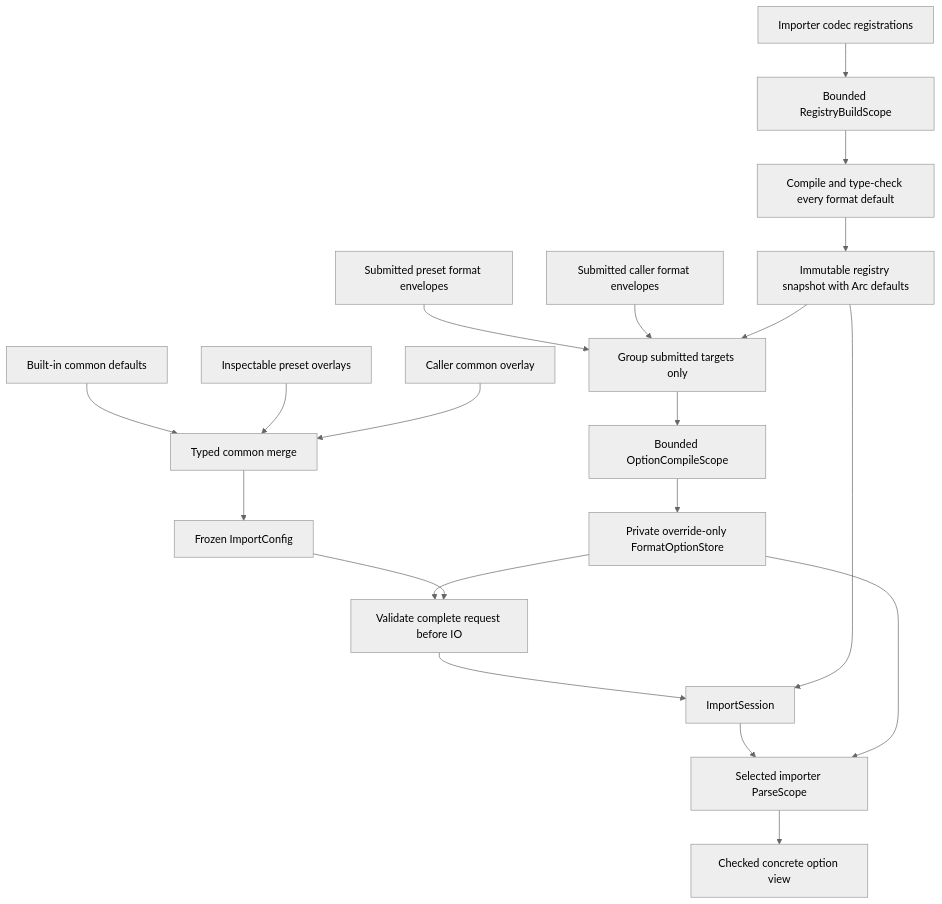
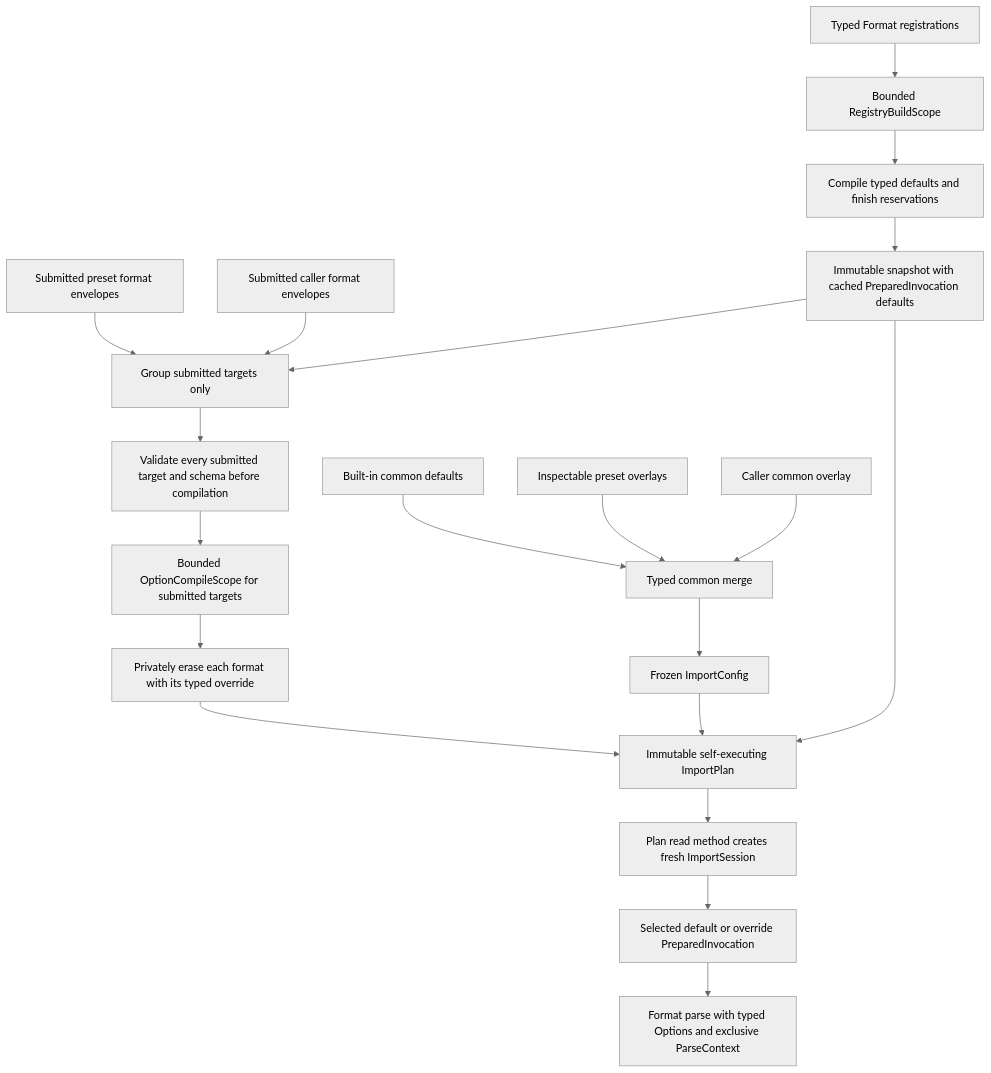
One commit to Latias94/baozi changed the diagram in docs/adr/0016-import-options-presets-and-configuration-precedence.md. Above: the diagram before and after it, drawn with Mermaid (neutral theme). The commit also changed other lines of this file and 202 other files, not shown here.

First line of the commit message:
refactor(import)!: execute typed formats through borrowed contexts

````diff
--- a/docs/adr/0016-import-options-presets-and-configuration-precedence.md
+++ b/docs/adr/0016-import-options-presets-and-configuration-precedence.md
@@ -255,22 +279,22 @@
 ```mermaid
 flowchart TB
-    Registrations[Importer codec registrations] --> BuildScope[Bounded RegistryBuildScope]
-    BuildScope --> CompiledDefaults[Compile and type-check every format default]
-    CompiledDefaults --> Snapshot[Immutable registry snapshot with Arc defaults]
+    Registrations[Typed Format registrations] --> BuildScope[Bounded RegistryBuildScope]
+    BuildScope --> CompiledDefaults[Compile typed defaults and finish reservations]
+    CompiledDefaults --> Snapshot[Immutable snapshot with cached PreparedInvocation defaults]
     CommonDefaults[Built-in common defaults] --> CommonMerge[Typed common merge]
     Preset[Inspectable preset overlays] --> CommonMerge
     Caller[Caller common overlay] --> CommonMerge
     PresetEnvelope[Submitted preset format envelopes] --> Submitted[Group submitted targets only]
     CallerEnvelope[Submitted caller format envelopes] --> Submitted
     Snapshot --> Submitted
-    Submitted --> RequestScope[Bounded OptionCompileScope]
-    RequestScope --> Store[Private override-only FormatOptionStore]
+    Submitted --> Metadata[Validate every submitted target and schema before compilation]
+    Metadata --> RequestScope[Bounded OptionCompileScope for submitted targets]
+    RequestScope --> Overrides[Privately erase each format with its typed override]
     CommonMerge --> Frozen[Frozen ImportConfig]
-    Store --> Validate[Validate complete request before IO]
-    Frozen --> Validate
-    Validate --> Session[ImportSession]
-    Snapshot --> Session
-    Session --> Scope[Selected importer ParseScope]
-    Store --> Scope
-    Scope --> Typed[Checked concrete option view]
+    Overrides --> Plan[Immutable self-executing ImportPlan]
+    Frozen --> Plan
+    Snapshot --> Plan
+    Plan --> Read[Plan read method creates fresh ImportSession]
+    Read --> Selected[Selected default or override PreparedInvocation]
+    Selected --> Typed[Format parse with typed Options and exclusive ParseContext]
 ```
````
